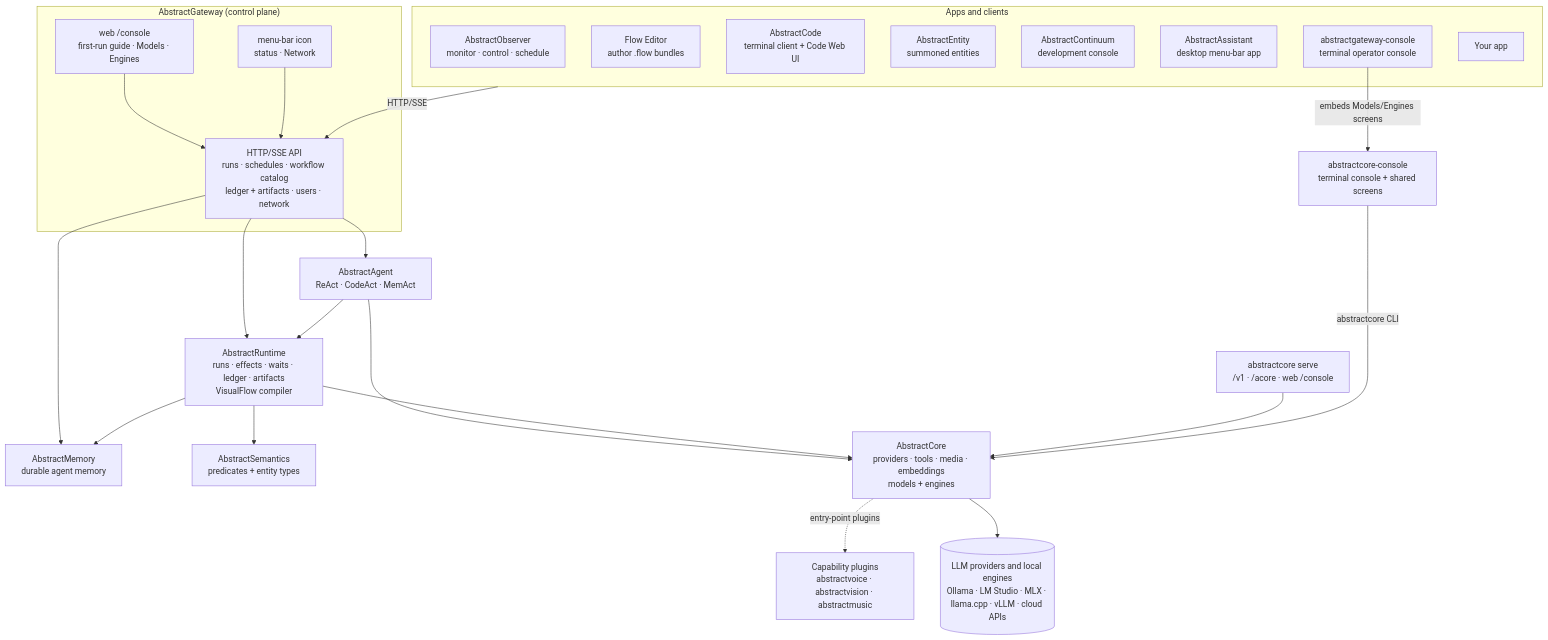
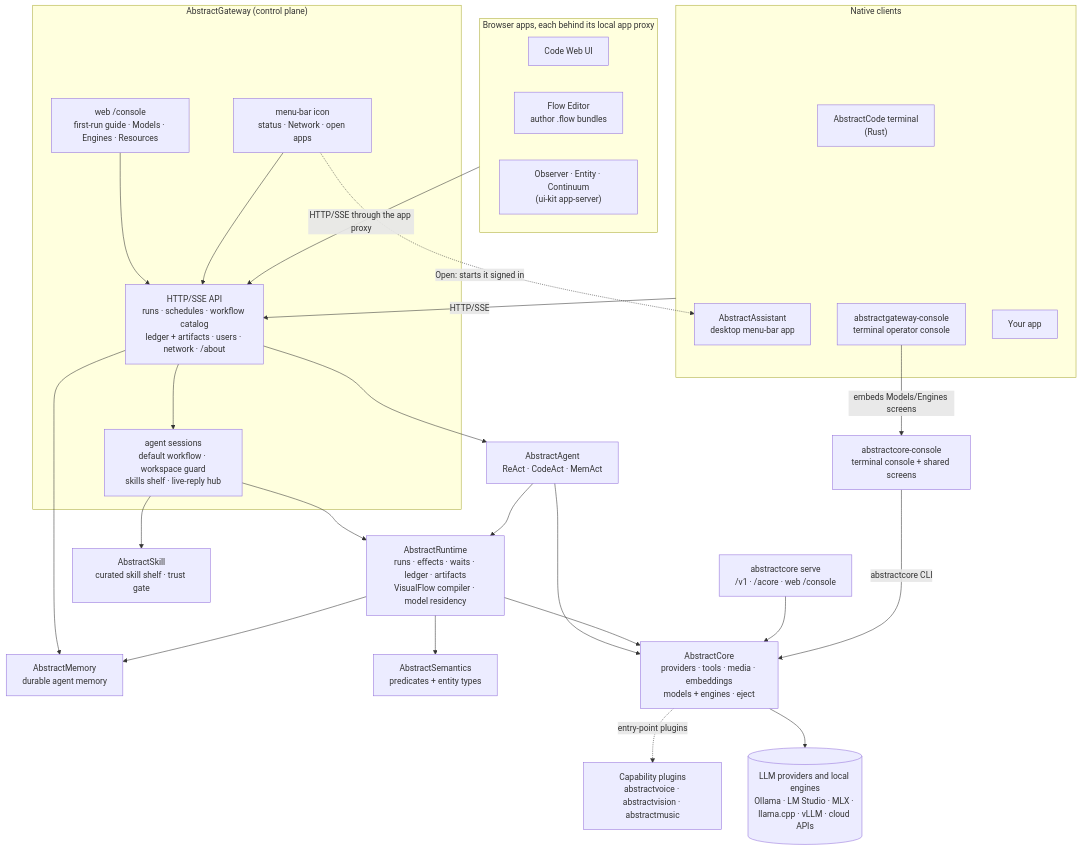
One commit to lpalbou/AbstractFramework changed the first of 6 diagrams in docs/architecture.md. Above: the diagram before and after it, drawn with Mermaid. The commit also changed other lines of this file and 18 other files, not shown here.

````diff
--- a/docs/architecture.md
+++ b/docs/architecture.md
@@ -46,46 +48,54 @@
 ```mermaid
 flowchart TB
-    subgraph CLIENTS["Apps and clients"]
-        OBS["AbstractObserver<br/>monitor · control · schedule"]
-        FLOWED["Flow Editor<br/>author .flow bundles"]
-        CODE["AbstractCode<br/>terminal client + Code Web UI"]
-        ENT["AbstractEntity<br/>summoned entities"]
-        CONT["AbstractContinuum<br/>development console"]
+    subgraph CLIENTS["Native clients"]
+        CODET["AbstractCode terminal<br/>(Rust)"]
         ASSIST["AbstractAssistant<br/>desktop menu-bar app"]
         GCON["abstractgateway-console<br/>terminal operator console"]
         APP["Your app"]
     end
 
+    subgraph BROWSER["Browser apps, each behind its local app proxy"]
+        CODEW["Code Web UI"]
+        FLOWED["Flow Editor<br/>author .flow bundles"]
+        UIAPPS["Observer · Entity · Continuum<br/>(ui-kit app-server)"]
+    end
+
     subgraph GATEWAY["AbstractGateway (control plane)"]
-        API["HTTP/SSE API<br/>runs · schedules · workflow catalog<br/>ledger + artifacts · users · network"]
-        WEB["web /console<br/>first-run guide · Models · Engines"]
-        TRAY["menu-bar icon<br/>status · Network"]
+        API["HTTP/SSE API<br/>runs · schedules · workflow catalog<br/>ledger + artifacts · users · network · /about"]
+        SESS["agent sessions<br/>default workflow · workspace guard<br/>skills shelf · live-reply hub"]
+        WEB["web /console<br/>first-run guide · Models · Engines · Resources"]
+        TRAY["menu-bar icon<br/>status · Network · open apps"]
     end
 
     AGENT["AbstractAgent<br/>ReAct · CodeAct · MemAct"]
-    RT["AbstractRuntime<br/>runs · effects · waits · ledger · artifacts<br/>VisualFlow compiler"]
+    RT["AbstractRuntime<br/>runs · effects · waits · ledger · artifacts<br/>VisualFlow compiler · model residency"]
     MEM["AbstractMemory<br/>durable agent memory"]
     SEM["AbstractSemantics<br/>predicates + entity types"]
-    CORE["AbstractCore<br/>providers · tools · media · embeddings<br/>models + engines"]
+    SKILL["AbstractSkill<br/>curated skill shelf · trust gate"]
+    CORE["AbstractCore<br/>providers · tools · media · embeddings<br/>models + engines · eject"]
     PLUG["Capability plugins<br/>abstractvoice · abstractvision · abstractmusic"]
     CSRV["abstractcore serve<br/>/v1 · /acore · web /console"]
     CCON["abstractcore-console<br/>terminal console + shared screens"]
     PROV[("LLM providers and local engines<br/>Ollama · LM Studio · MLX · llama.cpp · vLLM · cloud APIs")]
 
     CLIENTS -->|HTTP/SSE| API
+    BROWSER -->|"HTTP/SSE through the app proxy"| API
     WEB --> API
     TRAY --> API
-    GCON -->|embeds Models/Engines screens| CCON
+    TRAY -.->|"Open: starts it signed in"| ASSIST
+    API --> SESS
+    SESS --> SKILL
+    SESS --> RT
     API --> AGENT
-    API --> RT
     API --> MEM
     AGENT --> RT
     AGENT --> CORE
     RT --> CORE
     RT --> MEM
     RT --> SEM
     CORE -.->|entry-point plugins| PLUG
     CORE --> PROV
+    GCON -->|embeds Models/Engines screens| CCON
     CSRV --> CORE
     CCON -->|abstractcore CLI| CORE
 ```
````
